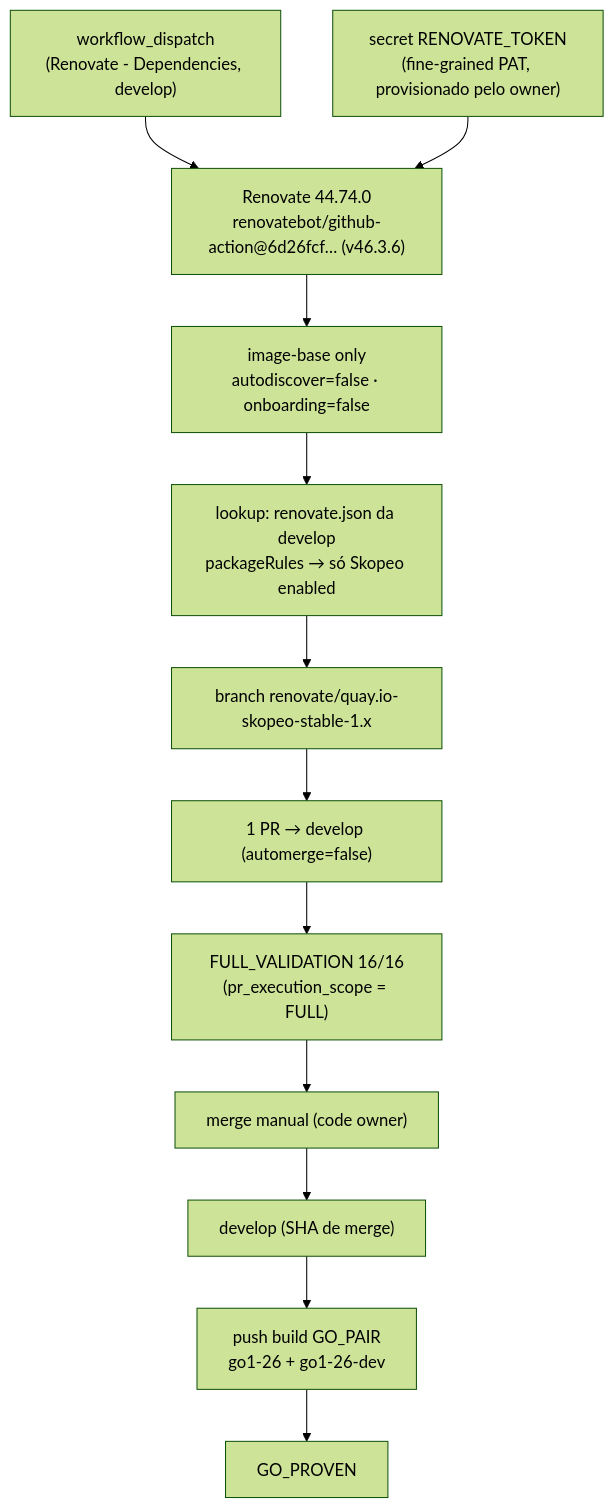
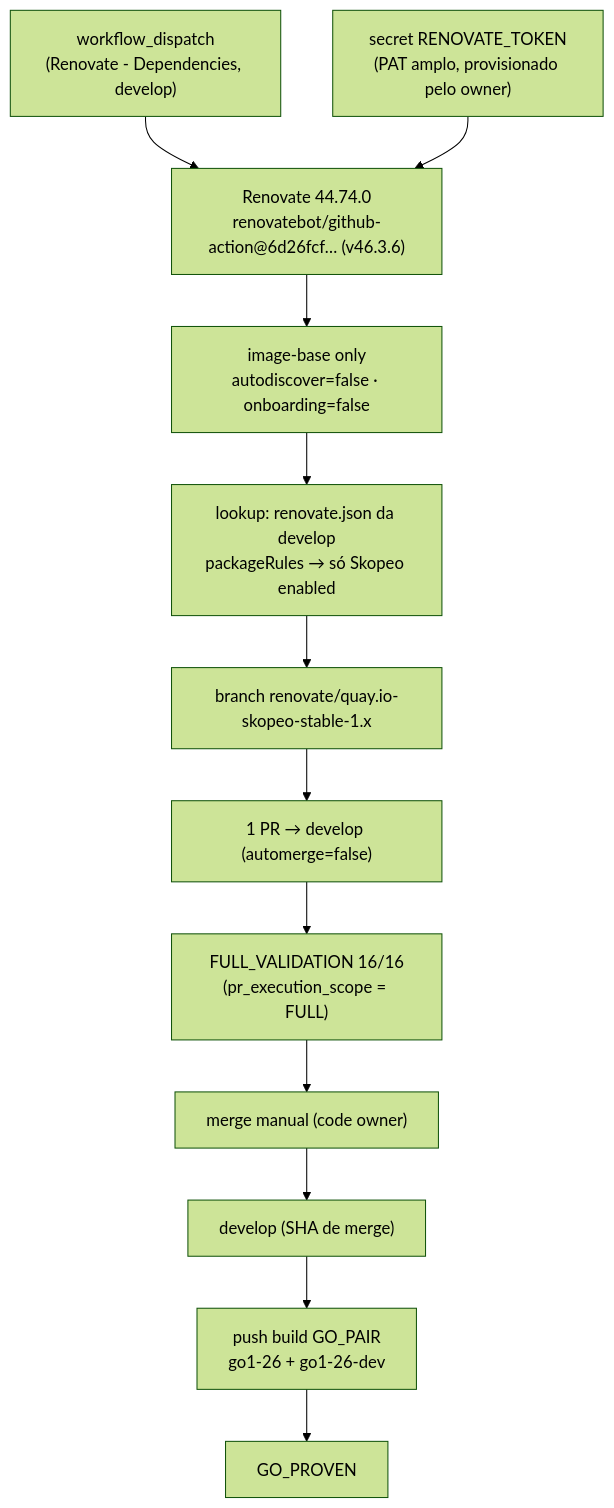
One commit to alric-corp/alric-containers-image-base changed the diagram in TODO/RENOVATE-SKOPEO-POC.md. Above: the diagram before and after it, drawn with Mermaid (forest theme). The commit also changed other lines of this file, not shown here.

First line of the commit message:
docs: record owner decision on Renovate POC token scope

````diff
--- a/TODO/RENOVATE-SKOPEO-POC.md
+++ b/TODO/RENOVATE-SKOPEO-POC.md
@@ -24,14 +24,14 @@
 ```mermaid
 flowchart TD
   D["workflow_dispatch<br/>(Renovate - Dependencies, develop)"] --> R["Renovate 44.74.0<br/>renovatebot/github-action@6d26fcf… (v46.3.6)"]
-  T["secret RENOVATE_TOKEN<br/>(fine-grained PAT, provisionado pelo owner)"] --> R
+  T["secret RENOVATE_TOKEN<br/>(PAT amplo, provisionado pelo owner)"] --> R
   R --> S["image-base only<br/>autodiscover=false · onboarding=false"]
   S --> L["lookup: renovate.json da develop<br/>packageRules → só Skopeo enabled"]
   L --> B["branch renovate/quay.io-skopeo-stable-1.x"]
   B --> P["1 PR → develop (automerge=false)"]
   P --> F["FULL_VALIDATION 16/16<br/>(pr_execution_scope = FULL)"]
   F --> M["merge manual (code owner)"]
   M --> DV["develop (SHA de merge)"]
   DV --> G["push build GO_PAIR<br/>go1-26 + go1-26-dev"]
   G --> GP["GO_PROVEN"]
 ```
````
